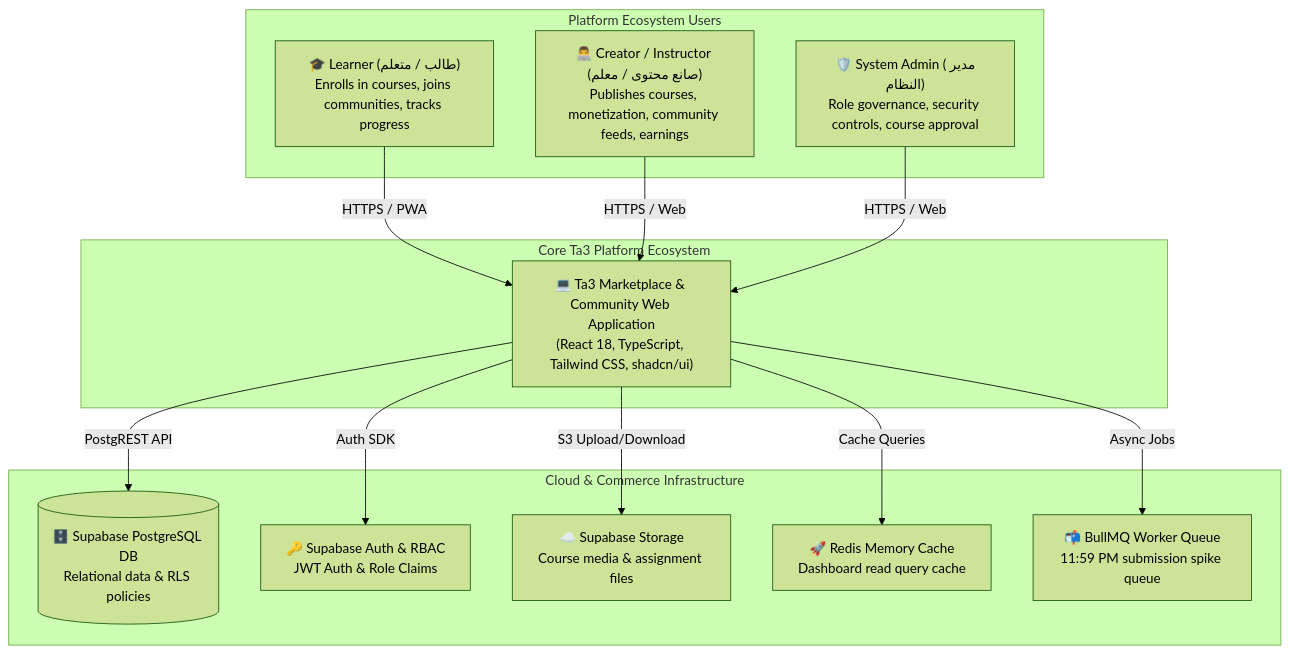
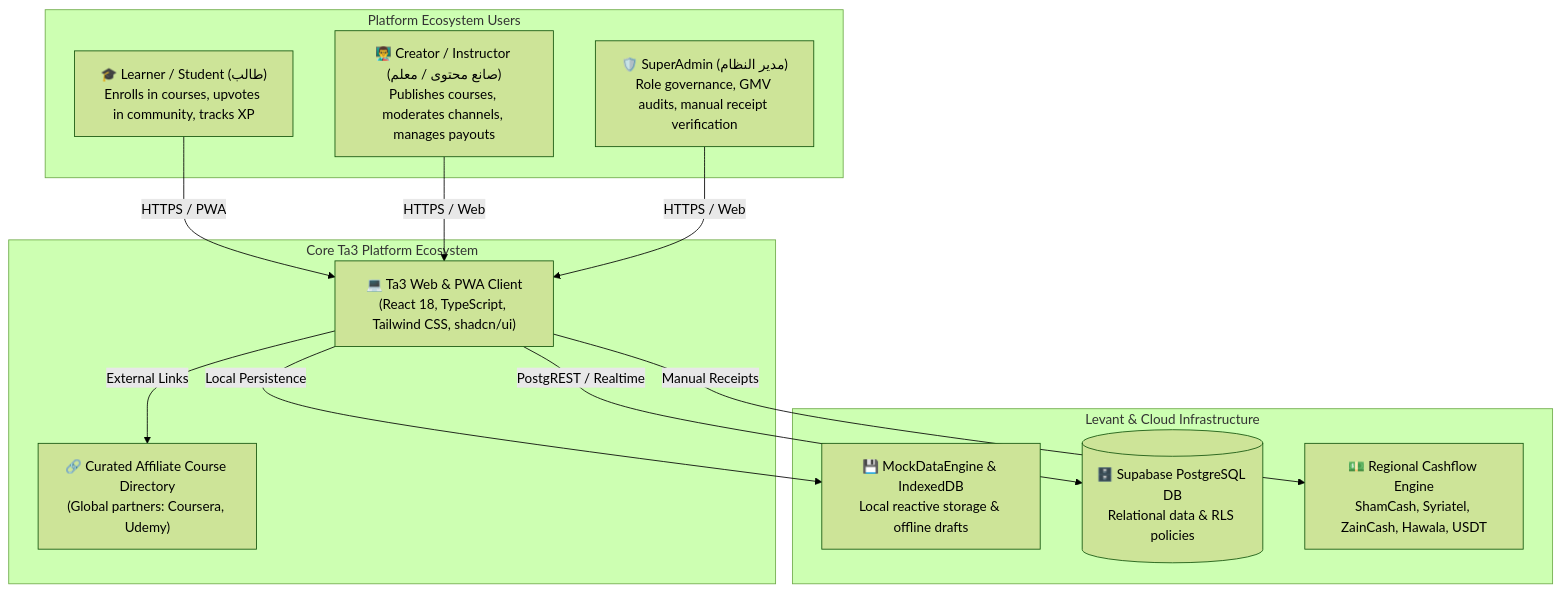
One commit to ta3allam/ta3 changed the first of 3 diagrams in arch.md. Above: the diagram before and after it, drawn with Mermaid (forest theme). The commit also changed other lines of this file and 3 other files, not shown here.

Commit message:
docs(all): synchronize architecture, ERD, components, and README with Day 1 Skool community milestone

````diff
--- a/arch.md
+++ b/arch.md
@@ -15,30 +15,28 @@
 ```mermaid
 graph TD
     subgraph Users [" Platform Ecosystem Users "]
-        Learner["🎓 Learner (طالب / متعلم)<br/>Enrolls in courses, joins communities, tracks progress"]
-        Creator["👨‍💻 Creator / Instructor (صانع محتوى / معلم)<br/>Publishes courses, monetization, community feeds, earnings"]
-        Admin["🛡️ System Admin (مدير النظام)<br/>Role governance, security controls, course approval"]
+        Learner["🎓 Learner / Student (طالب)<br/>Enrolls in courses, upvotes in community, tracks XP"]
+        Creator["👨‍🏫 Creator / Instructor (صانع محتوى / معلم)<br/>Publishes courses, moderates channels, manages payouts"]
+        Admin["🛡️ SuperAdmin (مدير النظام)<br/>Role governance, GMV audits, manual receipt verification"]
     end
 
     subgraph Platform [" Core Ta3 Platform Ecosystem "]
-        Ta3App["💻 Ta3 Marketplace & Community Web Application<br/>(React 18, TypeScript, Tailwind CSS, shadcn/ui)"]
+        Ta3App["💻 Ta3 Web & PWA Client<br/>(React 18, TypeScript, Tailwind CSS, shadcn/ui)"]
+        AffiliateHub["🔗 Curated Affiliate Course Directory<br/>(Global partners: Coursera, Udemy)"]
     end
 
-    subgraph Cloud [" Cloud & Commerce Infrastructure "]
+    subgraph Infrastructure [" Levant & Cloud Infrastructure "]
+        MockEngine["💾 MockDataEngine & IndexedDB<br/>Local reactive storage & offline drafts"]
         SupabaseDB[("🗄️ Supabase PostgreSQL DB<br/>Relational data & RLS policies")]
-        SupabaseAuth["🔑 Supabase Auth & RBAC<br/>JWT Auth & Role Claims"]
-        SupabaseStorage["☁️ Supabase Storage<br/>Course media & assignment files"]
-        RedisCache["🚀 Redis Memory Cache<br/>Dashboard read query cache"]
-        BullMQQueue["📬 BullMQ Worker Queue<br/>11:59 PM submission spike queue"]
+        LevantGateways["💵 Regional Cashflow Engine<br/>ShamCash, Syriatel, ZainCash, Hawala, USDT"]
     end
 
     Learner -->|HTTPS / PWA| Ta3App
     Creator -->|HTTPS / Web| Ta3App
     Admin -->|HTTPS / Web| Ta3App
 
-    Ta3App -->|PostgREST API| SupabaseDB
-    Ta3App -->|Auth SDK| SupabaseAuth
-    Ta3App -->|S3 Upload/Download| SupabaseStorage
-    Ta3App -->|Cache Queries| RedisCache
-    Ta3App -->|Async Jobs| BullMQQueue
+    Ta3App -->|Local Persistence| MockEngine
+    Ta3App -->|PostgREST / Realtime| SupabaseDB
+    Ta3App -->|External Links| AffiliateHub
+    Ta3App -->|Manual Receipts| LevantGateways
 ```
````
